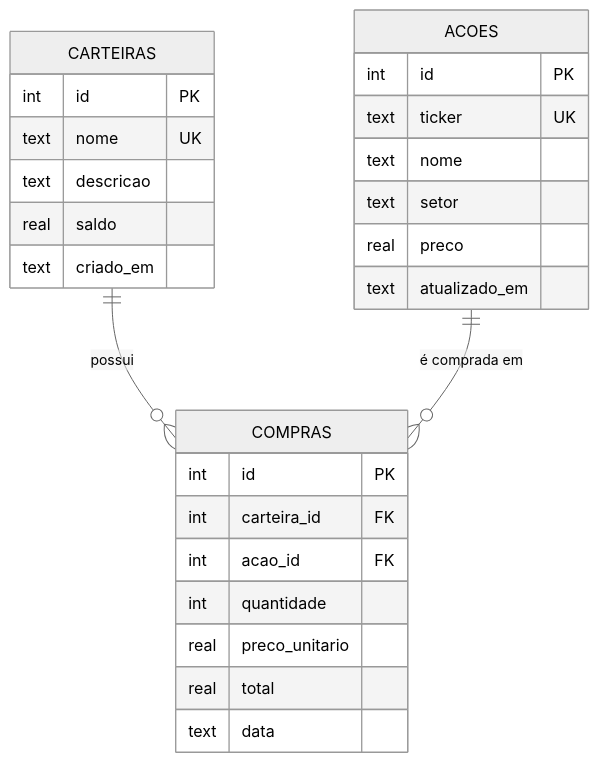
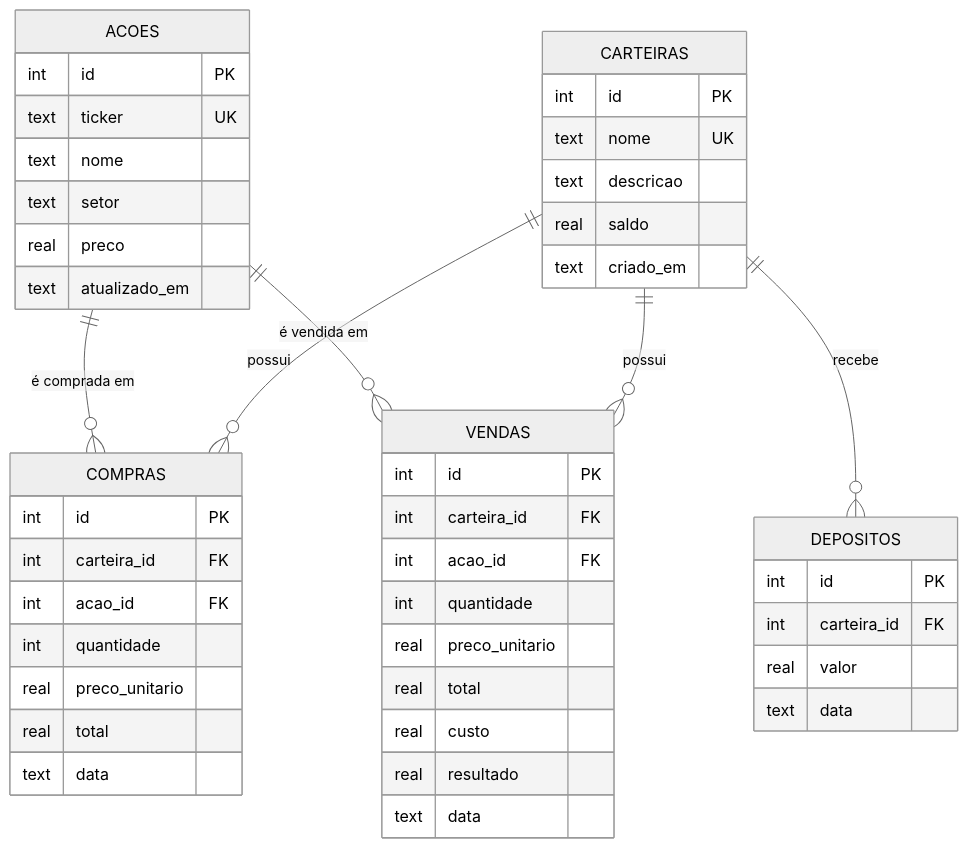
Before and after one commit to SrAmaral/Teste: the diagram in docs/04-dados-e-api.md, drawn with Mermaid (neutral theme). The commit also changed other lines of this file and 7 other files, not shown here.

Commit message:
docs: phase 2 architecture, decisions and AI usage

````diff
--- a/docs/04-dados-e-api.md
+++ b/docs/04-dados-e-api.md
@@ -5,29 +5,49 @@
 ```mermaid
 erDiagram
   CARTEIRAS ||--o{ COMPRAS : possui
+  CARTEIRAS ||--o{ VENDAS : possui
+  CARTEIRAS ||--o{ DEPOSITOS : recebe
+  ACOES ||--o{ VENDAS : "é vendida em"
   ACOES ||--o{ COMPRAS : "é comprada em"
   CARTEIRAS {
     int id PK
     text nome UK
     text descricao
     real saldo
     text criado_em
   }
   ACOES {
     int id PK
     text ticker UK
     text nome
     text setor
     real preco
     text atualizado_em
   }
   COMPRAS {
     int id PK
     int carteira_id FK
     int acao_id FK
     int quantidade
     real preco_unitario
     real total
     text data
   }
+  VENDAS {
+    int id PK
+    int carteira_id FK
+    int acao_id FK
+    int quantidade
+    real preco_unitario
+    real total
+    real custo
+    real resultado
+    text data
+  }
+  DEPOSITOS {
+    int id PK
+    int carteira_id FK
+    real valor
+    text data
+  }
 ```
````
